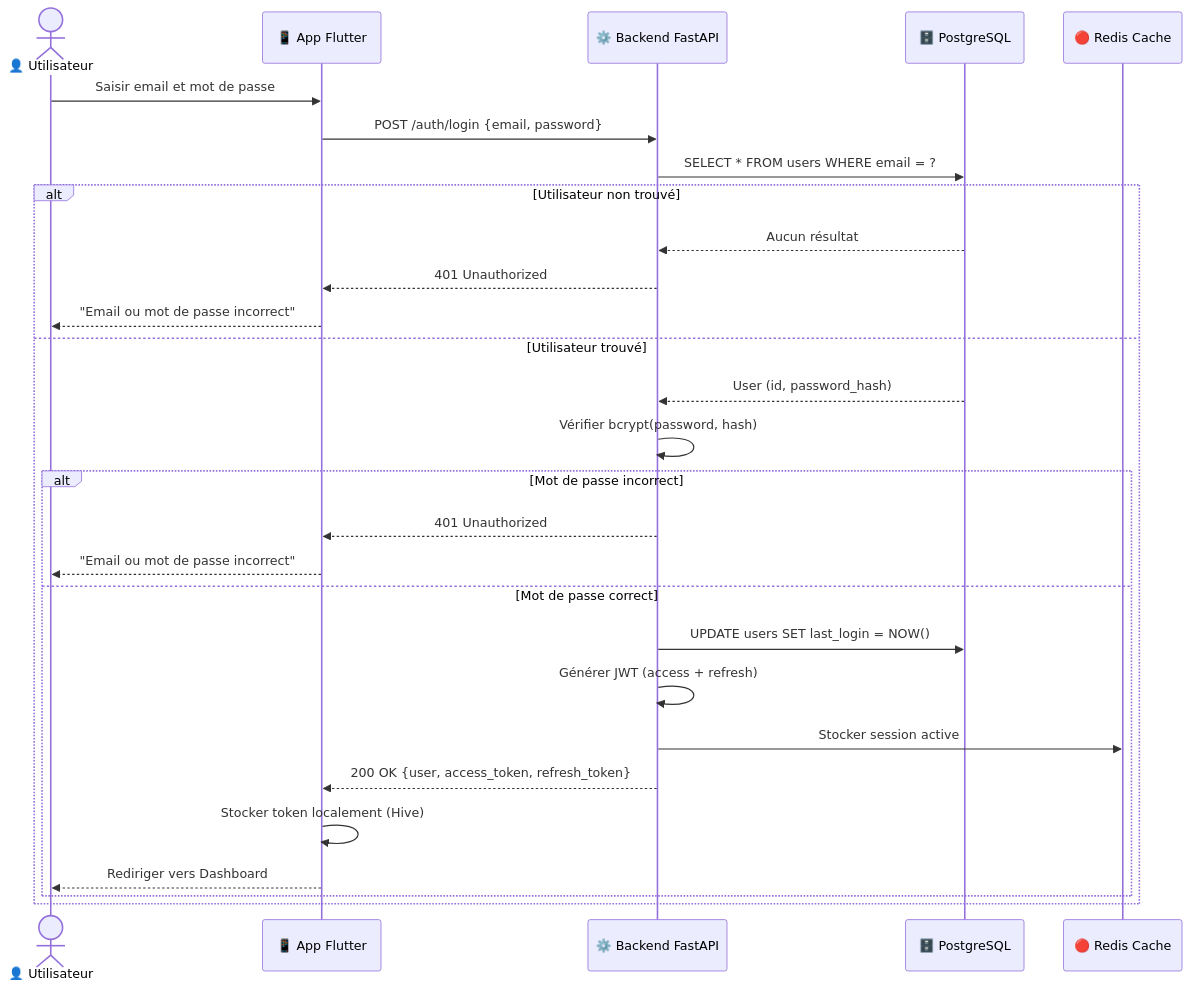
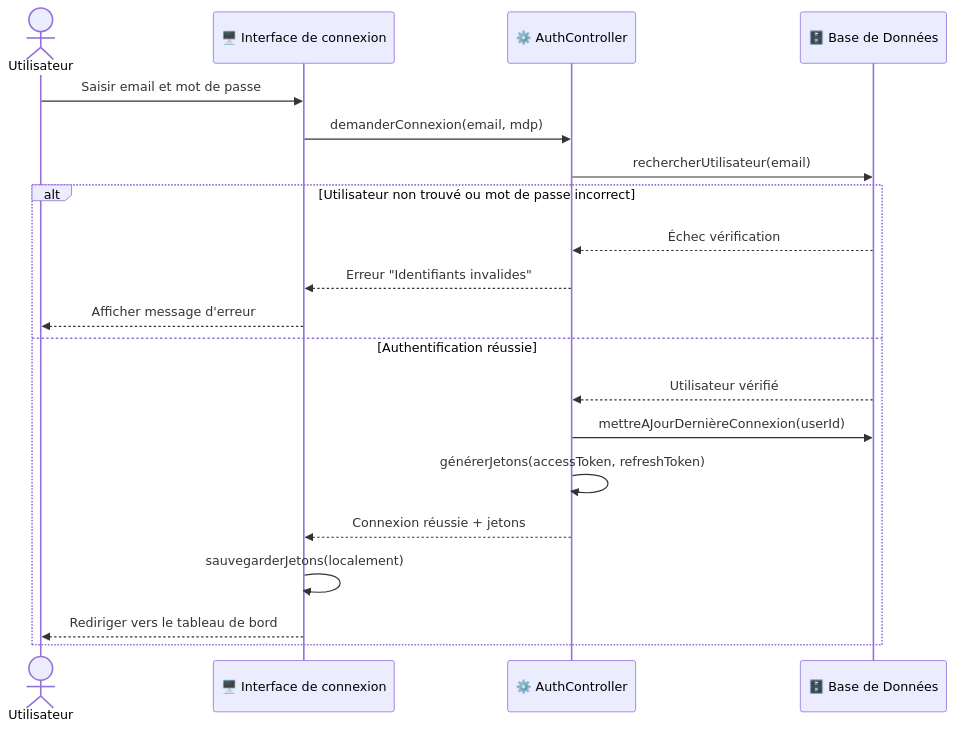
The second of 16 diagrams in docs/Conception_DiagrammeSequence.md (Jkacem/smart_focus), drawn with Mermaid before and after one commit. The commit also changed other lines of this file and 93 other files, not shown here.

````diff
--- a/docs/Conception_DiagrammeSequence.md
+++ b/docs/Conception_DiagrammeSequence.md
@@ -45,33 +52,24 @@
 ```mermaid
 sequenceDiagram
-    actor User as 👤 Utilisateur
-    participant App as 📱 App Flutter
-    participant API as ⚙️ Backend FastAPI
-    participant DB as 🗄️ PostgreSQL
-    participant Redis as 🔴 Redis Cache
+    actor Utilisateur
+    participant B as 🖥️ Interface de connexion
+    participant C as ⚙️ AuthController
+    participant E as 🗄️ Base de Données
 
-    User->>App: Saisir email et mot de passe
-    App->>API: POST /auth/login {email, password}
-    API->>DB: SELECT * FROM users WHERE email = ?
-    
-    alt Utilisateur non trouvé
-        DB-->>API: Aucun résultat
-        API-->>App: 401 Unauthorized
-        App-->>User: "Email ou mot de passe incorrect"
-    else Utilisateur trouvé
-        DB-->>API: User (id, password_hash)
-        API->>API: Vérifier bcrypt(password, hash)
-        
-        alt Mot de passe incorrect
-            API-->>App: 401 Unauthorized
-            App-->>User: "Email ou mot de passe incorrect"
-        else Mot de passe correct
-            API->>DB: UPDATE users SET last_login = NOW()
-            API->>API: Générer JWT (access + refresh)
-            API->>Redis: Stocker session active
-            API-->>App: 200 OK {user, access_token, refresh_token}
-            App->>App: Stocker token localement (Hive)
-            App-->>User: Rediriger vers Dashboard
-        end
+    Utilisateur->>B: Saisir email et mot de passe
+    B->>C: demanderConnexion(email, mdp)
+    C->>E: rechercherUtilisateur(email)
+
+    alt Utilisateur non trouvé ou mot de passe incorrect
+        E-->>C: Échec vérification
+        C-->>B: Erreur "Identifiants invalides"
+        B-->>Utilisateur: Afficher message d'erreur
+    else Authentification réussie
+        E-->>C: Utilisateur vérifié
+        C->>E: mettreAJourDernièreConnexion(userId)
+        C->>C: générerJetons(accessToken, refreshToken)
+        C-->>B: Connexion réussie + jetons
+        B->>B: sauvegarderJetons(localement)
+        B-->>Utilisateur: Rediriger vers le tableau de bord
     end
 ```
````
